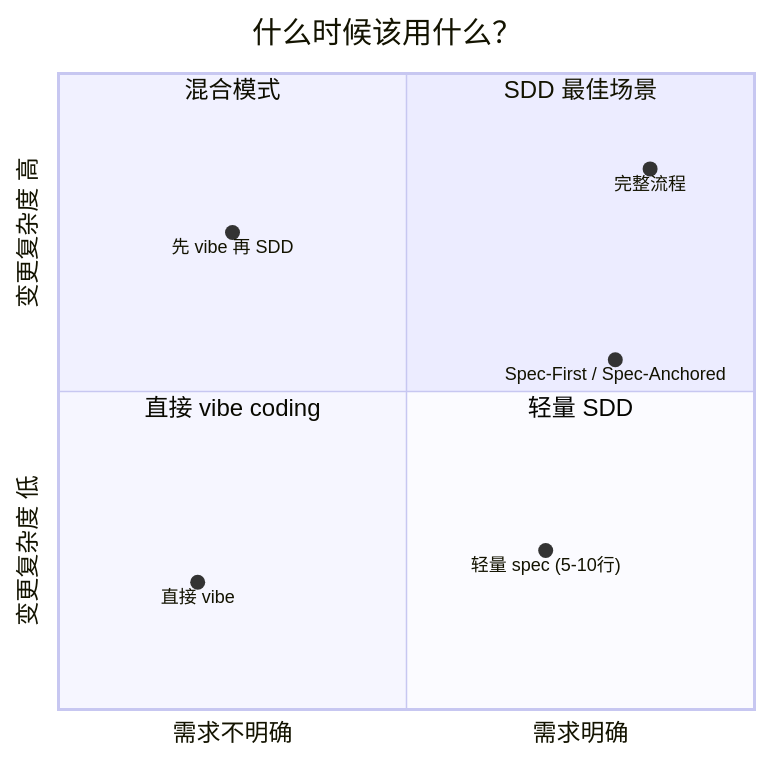
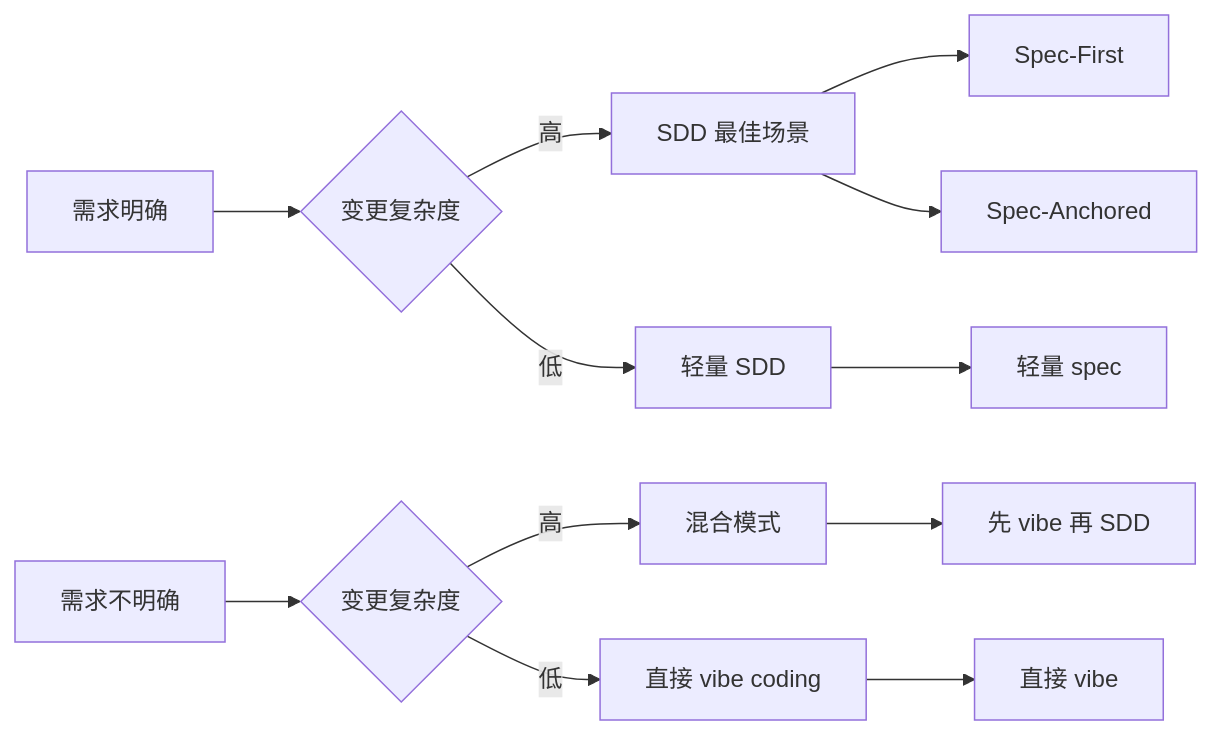
One commit to sheweifan/sheweifan.github.io changed the diagram in content/posts/sdd.md. Above: the diagram before and after it, drawn with Mermaid. The commit also changed 1 other file, not shown here.

Commit message:
Fix mermaid chart and disable special first post style

```diff
--- a/content/posts/sdd.md
+++ b/content/posts/sdd.md
@@ -223,15 +223,16 @@
 {{< mermaid >}}
-quadrantChart
-    title 什么时候该用什么？
-    x-axis 需求不明确 --> 需求明确
-    y-axis 变更复杂度 低 --> 变更复杂度 高
-    quadrant-1 SDD 最佳场景
-    quadrant-2 混合模式
-    quadrant-3 直接 vibe coding
-    quadrant-4 轻量 SDD
-    "完整流程": [0.85, 0.85]
-    "Spec-First / Spec-Anchored": [0.8, 0.55]
-    "轻量 spec (5-10行)": [0.7, 0.25]
-    "先 vibe 再 SDD": [0.25, 0.75]
-    "直接 vibe": [0.2, 0.2]
+graph LR
+    A[需求明确] --> B{变更复杂度}
+    B -->|高| C[SDD 最佳场景]
+    B -->|低| D[轻量 SDD]
+    
+    E[需求不明确] --> F{变更复杂度}
+    F -->|高| G[混合模式]
+    F -->|低| H[直接 vibe coding]
+    
+    C --> C1[Spec-First]
+    C --> C2[Spec-Anchored]
+    D --> D1[轻量 spec]
+    G --> G1[先 vibe 再 SDD]
+    H --> H1[直接 vibe]
 {{< /mermaid >}}
```
